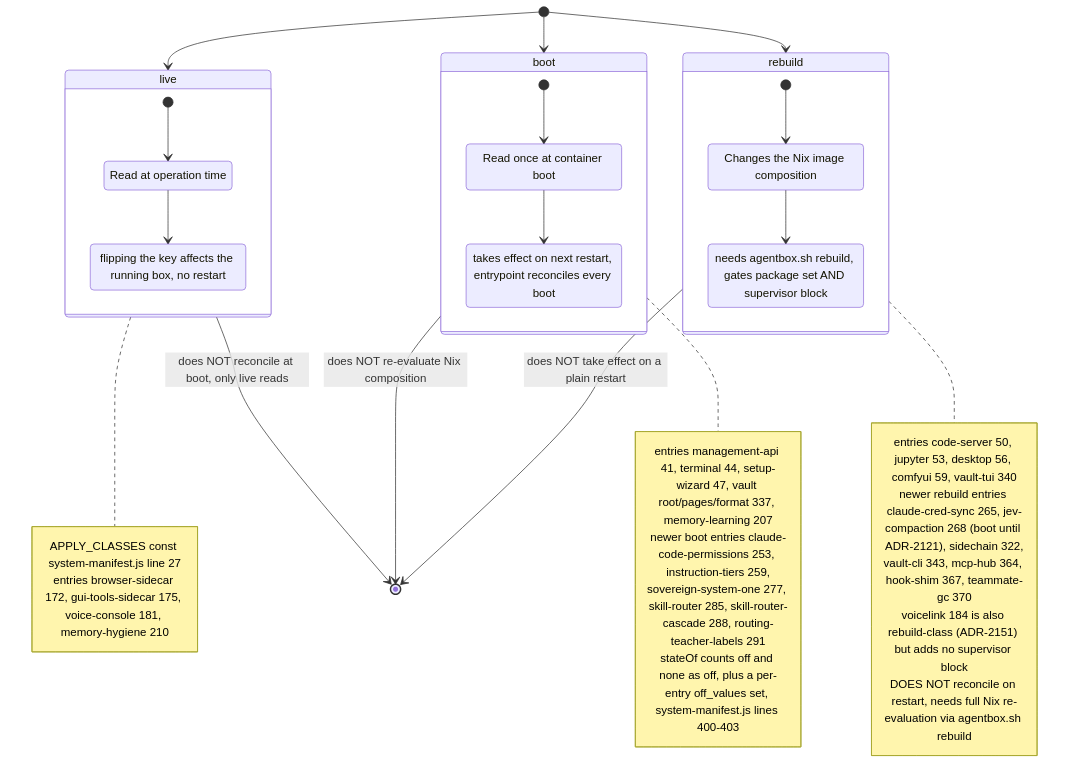
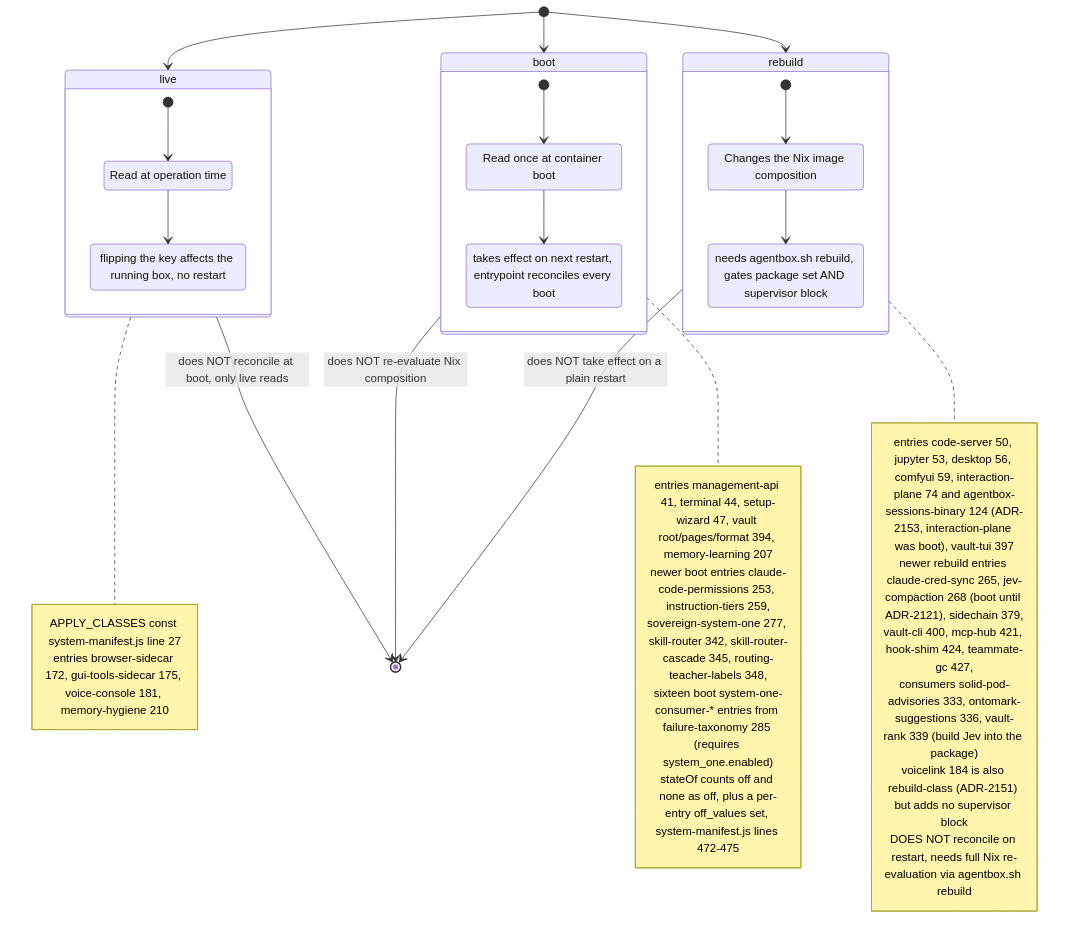
Before and after one commit to DreamLab-AI/VisionFlow: the second of 10 diagrams in docs/diagrams/agentbox/01-nix-flake-composition.md, drawn with Mermaid. The commit also changed other lines of this file and 145 other files, not shown here.

````diff
--- a/docs/diagrams/agentbox/01-nix-flake-composition.md
+++ b/docs/diagrams/agentbox/01-nix-flake-composition.md
@@ -99,44 +105,44 @@
 ```mermaid
 stateDiagram-v2
     [*] --> live
     [*] --> boot
     [*] --> rebuild
 
     state live {
         [*] --> LiveRead
         LiveRead: Read at operation time
         LiveRead --> LiveEffect
         LiveEffect: flipping the key affects the running box, no restart
     }
     state boot {
         [*] --> BootRead
         BootRead: Read once at container boot
         BootRead --> BootEffect
         BootEffect: takes effect on next restart, entrypoint reconciles every boot
     }
     state rebuild {
         [*] --> RebuildRead
         RebuildRead: Changes the Nix image composition
         RebuildRead --> RebuildEffect
         RebuildEffect: needs agentbox.sh rebuild, gates package set AND supervisor block
     }
 
     note right of live
         APPLY_CLASSES const system-manifest.js line 27
         entries browser-sidecar 172, gui-tools-sidecar 175, voice-console 181, memory-hygiene 210
     end note
     note right of boot
-        entries management-api 41, terminal 44, setup-wizard 47, vault root/pages/format 337, memory-learning 207
-        newer boot entries claude-code-permissions 253, instruction-tiers 259,<br/>sovereign-system-one 277, skill-router 285, skill-router-cascade 288, routing-teacher-labels 291
-        stateOf counts off and none as off, plus a per-entry off_values set, system-manifest.js lines 400-403
+        entries management-api 41, terminal 44, setup-wizard 47, vault root/pages/format 394, memory-learning 207
+        newer boot entries claude-code-permissions 253, instruction-tiers 259,<br/>sovereign-system-one 277, skill-router 342, skill-router-cascade 345, routing-teacher-labels 348,<br/>sixteen boot system-one-consumer-* entries from failure-taxonomy 285 (requires system_one.enabled)
+        stateOf counts off and none as off, plus a per-entry off_values set, system-manifest.js lines 472-475
     end note
     note right of rebuild
-        entries code-server 50, jupyter 53, desktop 56, comfyui 59, vault-tui 340
-        newer rebuild entries claude-cred-sync 265, jev-compaction 268 (boot until ADR-2121), sidechain 322,<br/>vault-cli 343, mcp-hub 364, hook-shim 367, teammate-gc 370<br/>voicelink 184 is also rebuild-class (ADR-2151) but adds no supervisor block
+        entries code-server 50, jupyter 53, desktop 56, comfyui 59, interaction-plane 74 and agentbox-sessions-binary 124 (ADR-2153, interaction-plane was boot), vault-tui 397
+        newer rebuild entries claude-cred-sync 265, jev-compaction 268 (boot until ADR-2121), sidechain 379,<br/>vault-cli 400, mcp-hub 421, hook-shim 424, teammate-gc 427,<br/>consumers solid-pod-advisories 333, ontomark-suggestions 336, vault-rank 339 (build Jev into the package)<br/>voicelink 184 is also rebuild-class (ADR-2151) but adds no supervisor block
         DOES NOT reconcile on restart, needs full Nix re-evaluation via agentbox.sh rebuild
     end note
 
     live --> [*]: does NOT reconcile at boot, only live reads
     boot --> [*]: does NOT re-evaluate Nix composition
     rebuild --> [*]: does NOT take effect on a plain restart
 ```
````
